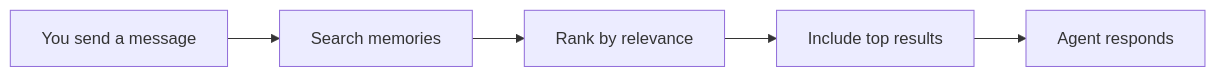
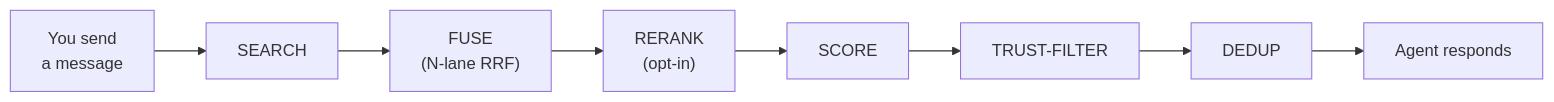
One commit to comisai/comis changed the diagram in docs/agents/rag.mdx. Above: the diagram before and after it, drawn with Mermaid. The commit also changed other lines of this file and 236 other files, not shown here.

````diff
--- a/docs/agents/rag.mdx
+++ b/docs/agents/rag.mdx
@@ -16,7 +18,10 @@
 ```mermaid
 flowchart LR
-    A["You send a message"] --> B["Search memories"]
-    B --> C["Rank by relevance"]
-    C --> D["Include top results"]
-    D --> E["Agent responds"]
+    A["You send<br/>a message"] --> B["SEARCH"]
+    B --> C["FUSE<br/>(N-lane RRF)"]
+    C --> D["RERANK<br/>(opt-in)"]
+    D --> E["SCORE"]
+    E --> F["TRUST-FILTER"]
+    F --> G["DEDUP"]
+    G --> H["Agent responds"]
 ```
````
